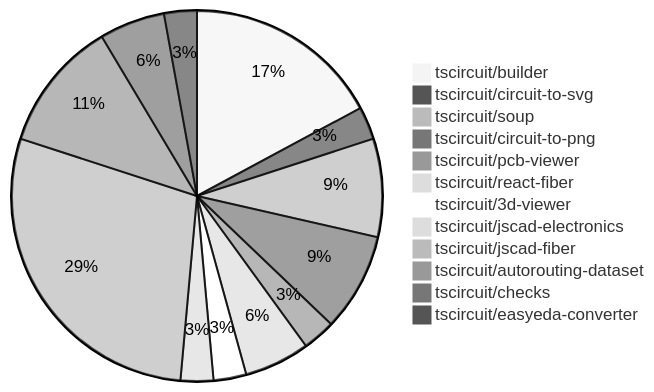
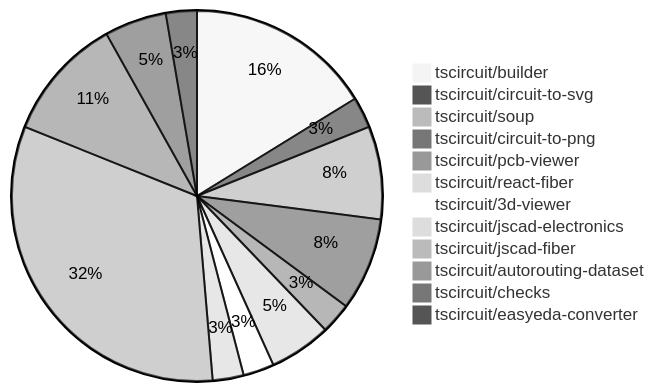
The diagram in README.md (tscircuit/contribution-tracker), drawn with Mermaid (neutral theme) before and after one commit. The commit also changed other lines of this file and 1 other file, not shown here.

````diff
--- a/README.md
+++ b/README.md
@@ -24,15 +24,15 @@
 ```mermaid
 pie
     "tscircuit/builder" : 6
     "tscircuit/circuit-to-svg" : 1
     "tscircuit/soup" : 3
     "tscircuit/circuit-to-png" : 3
     "tscircuit/pcb-viewer" : 1
     "tscircuit/react-fiber" : 2
     "tscircuit/3d-viewer" : 1
     "tscircuit/jscad-electronics" : 1
-    "tscircuit/jscad-fiber" : 10
+    "tscircuit/jscad-fiber" : 12
     "tscircuit/autorouting-dataset" : 4
     "tscircuit/checks" : 2
     "tscircuit/easyeda-converter" : 1
 ```
````
